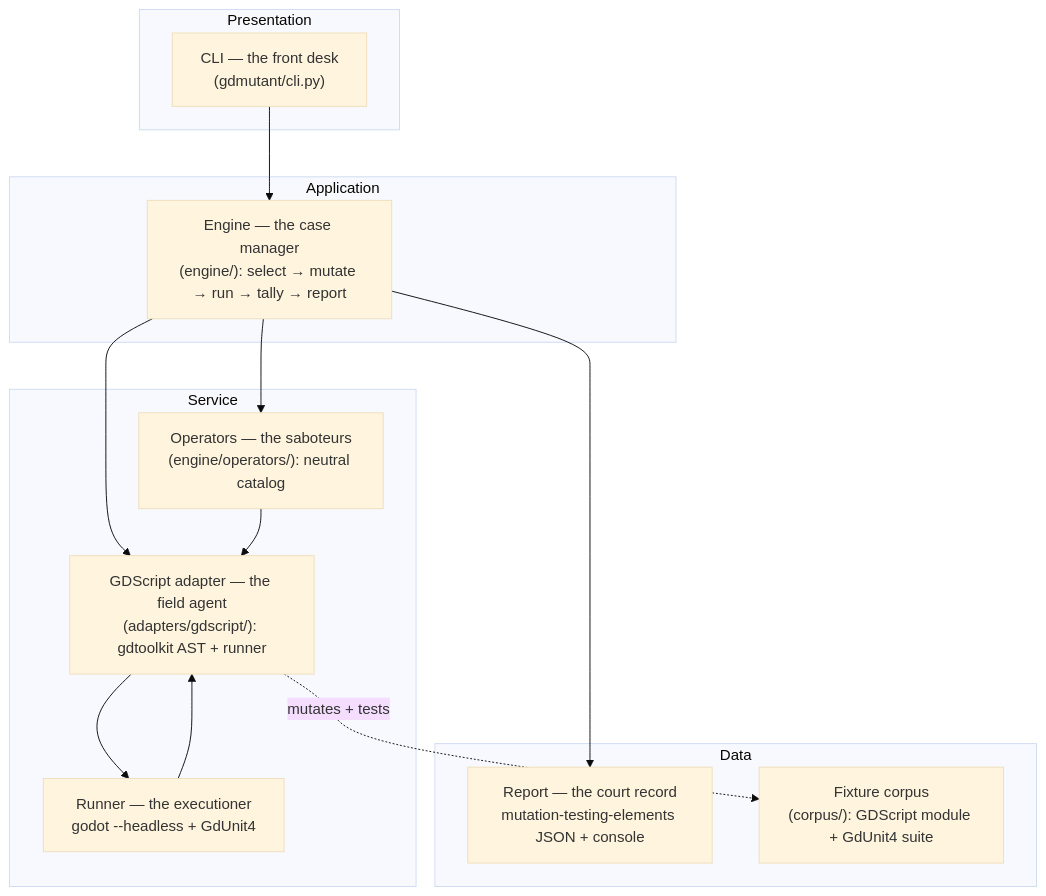
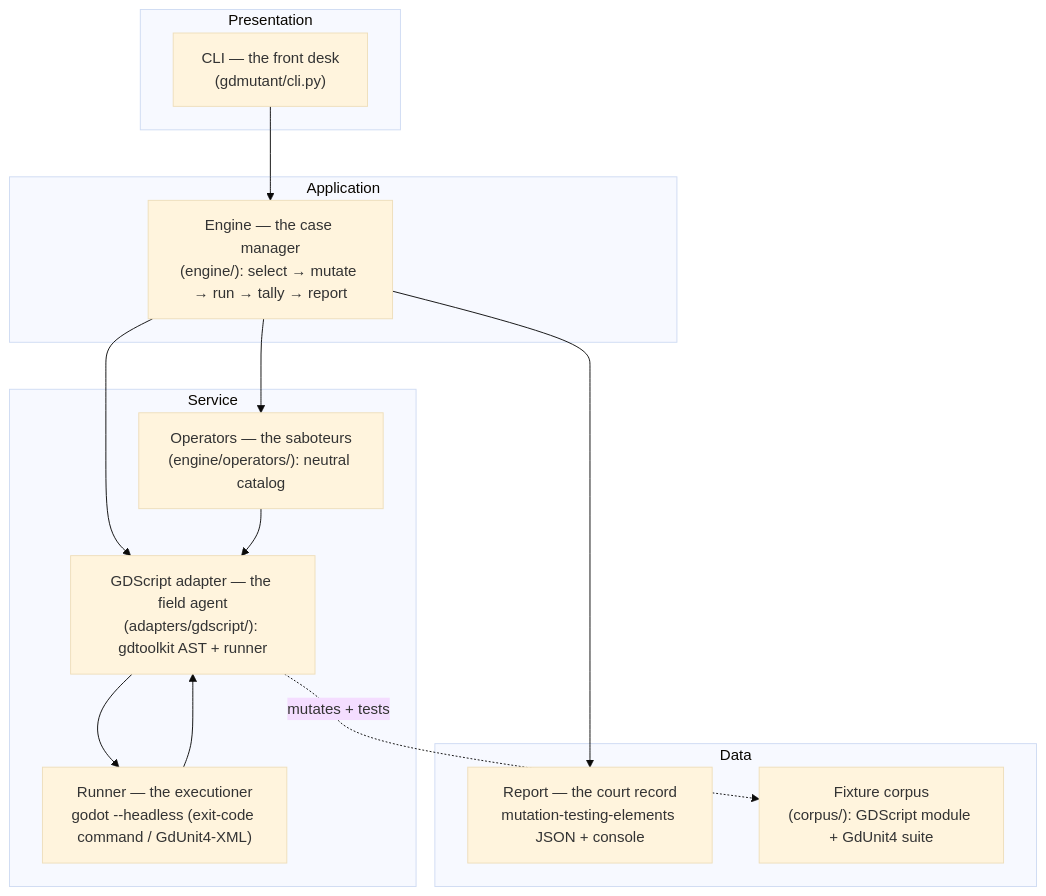
One commit to kphutt/gdmutant changed the diagram in docs/design/DESIGN.md. Above: the diagram before and after it, drawn with Mermaid (base theme). The commit also changed other lines of this file and 1 other file, not shown here.

First line of the commit message:
Re-center README/DESIGN on the exit-code command runner ([ticket]) (#58)

````diff
--- a/docs/design/DESIGN.md
+++ b/docs/design/DESIGN.md
@@ -121,27 +125,27 @@
 ```mermaid
 graph TD
     subgraph Presentation
         CLI["CLI — the front desk<br/>(gdmutant/cli.py)"]
     end
     subgraph Application
         ENGINE["Engine — the case manager<br/>(engine/): select → mutate → run → tally → report"]
     end
     subgraph Service
         OPS["Operators — the saboteurs<br/>(engine/operators/): neutral catalog"]
         ADAPT["GDScript adapter — the field agent<br/>(adapters/gdscript/): gdtoolkit AST + runner"]
-        RUN["Runner — the executioner<br/>godot --headless + GdUnit4"]
+        RUN["Runner — the executioner<br/>godot --headless (exit-code command / GdUnit4-XML)"]
     end
     subgraph Data
         SCHEMA["Report — the court record<br/>mutation-testing-elements JSON + console"]
         CORPUS["Fixture corpus<br/>(corpus/): GDScript module + GdUnit4 suite"]
     end
 
     CLI --> ENGINE
     ENGINE --> OPS
     ENGINE --> ADAPT
     OPS --> ADAPT
     ADAPT --> RUN
     RUN --> ADAPT
     ENGINE --> SCHEMA
     ADAPT -.mutates + tests.-> CORPUS
 ```
````
